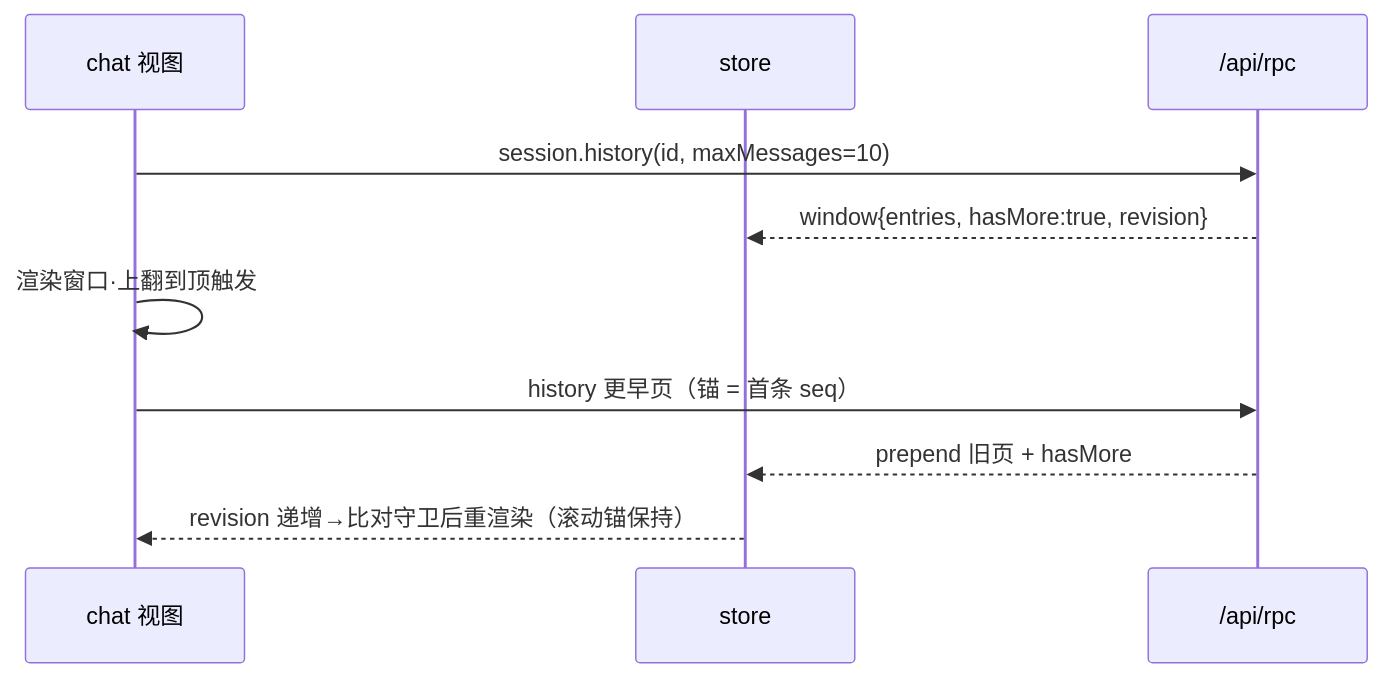
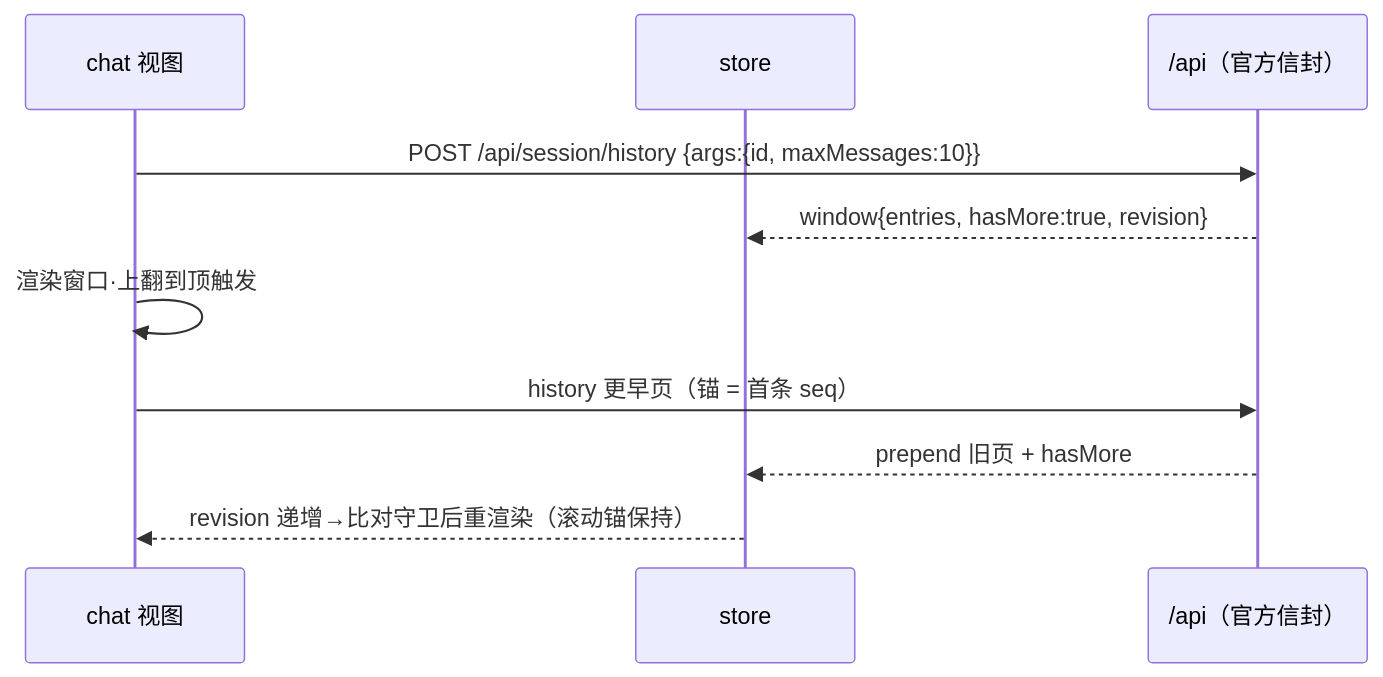
Before and after one commit to bigfaner/dsh-forge: the eighth of 10 diagrams in .forge/docs/features/mobile-ui/design/tech-design.md, drawn with Mermaid. The commit also changed other lines of this file and 6 other files, not shown here.

````diff
--- a/.forge/docs/features/mobile-ui/design/tech-design.md
+++ b/.forge/docs/features/mobile-ui/design/tech-design.md
@@ -256,12 +257,12 @@
 ```mermaid
 sequenceDiagram
     participant V as chat 视图
     participant S as store
-    participant API as /api/rpc
-    V->>API: session.history(id, maxMessages=10)
+    participant API as /api（官方信封）
+    V->>API: POST /api/session/history {args:{id, maxMessages:10}}
     API-->>S: window{entries, hasMore:true, revision}
     V->>V: 渲染窗口·上翻到顶触发
     V->>API: history 更早页（锚 = 首条 seq）
     API-->>S: prepend 旧页 + hasMore
     S-->>V: revision 递增→比对守卫后重渲染（滚动锚保持）
 ```
````
